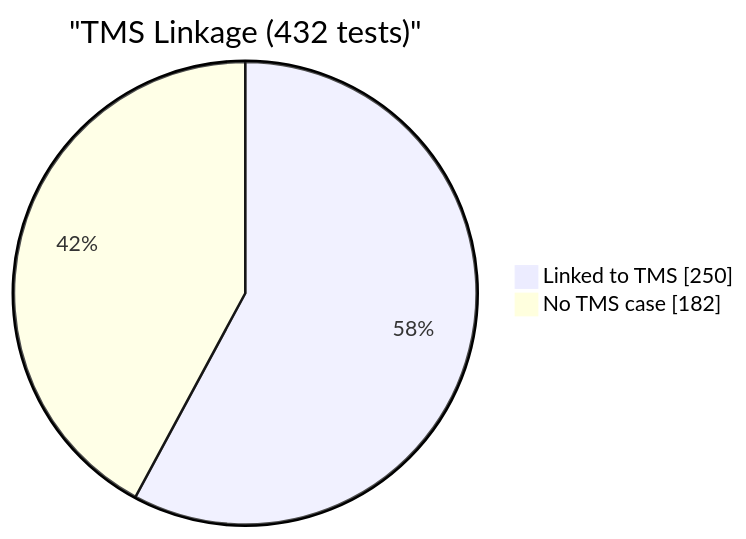
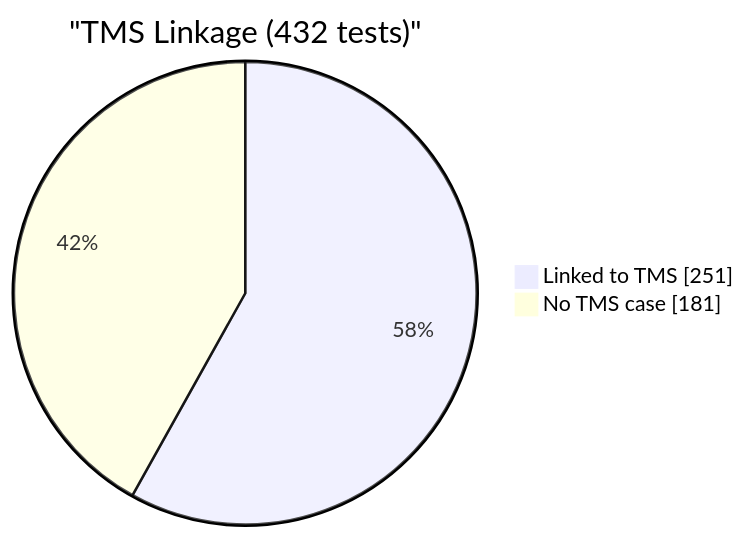
Before and after one commit to EliteaAI/onetest-ai-tm-Elitea: the fourth of 4 diagrams in reports/dashboard.md, drawn with Mermaid. The commit also changed other lines of this file and 1 other file, not shown here.

````diff
--- a/reports/dashboard.md
+++ b/reports/dashboard.md
@@ -77,6 +77,6 @@
 ```mermaid
 pie showData
     title "TMS Linkage (432 tests)"
-    "Linked to TMS" : 250
-    "No TMS case" : 182
+    "Linked to TMS" : 251
+    "No TMS case" : 181
 ```
````
